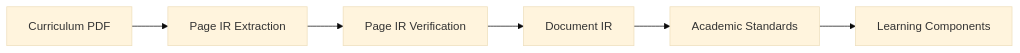
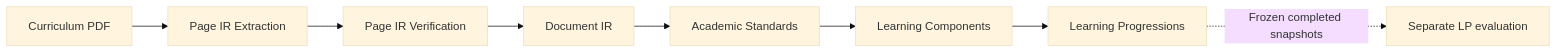
The diagram in docs/index.md (IDinsight/KGForEdGlobal), drawn with Mermaid (base theme) before and after one commit. The commit also changed other lines of this file and 14 other files, not shown here.

````diff
--- a/docs/index.md
+++ b/docs/index.md
@@ -30,8 +30,10 @@
 ```mermaid
 flowchart LR
     A[Curriculum PDF] --> B[Page IR Extraction]
     B --> C[Page IR Verification]
     C --> D[Document IR]
     D --> E[Academic Standards]
     E --> F[Learning Components]
+    F --> G[Learning Progressions]
+    G -. Frozen completed snapshots .-> H[Separate LP evaluation]
 ```
````
